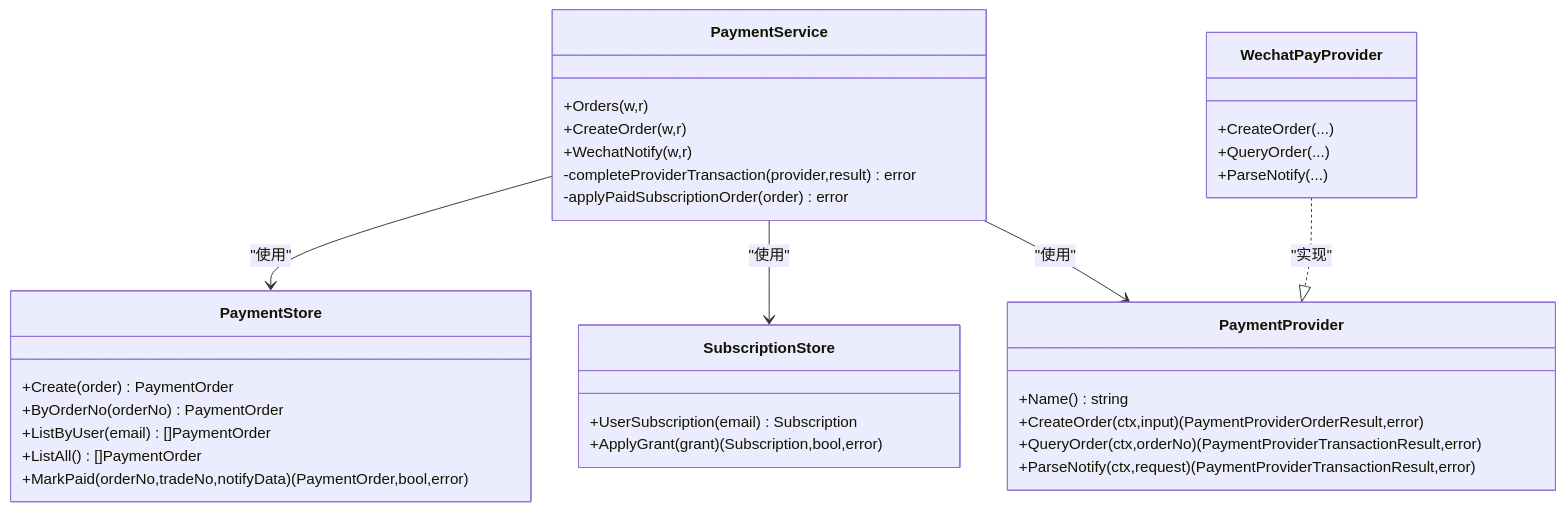
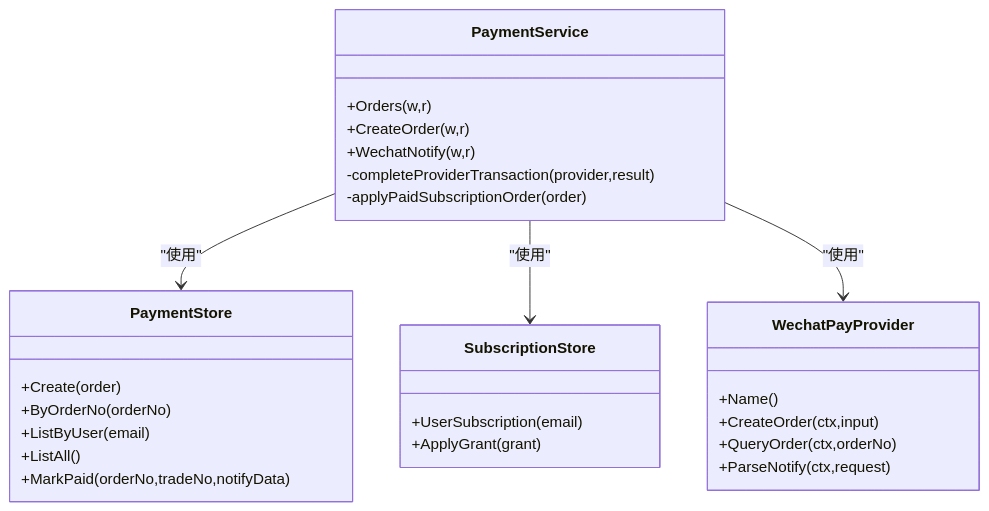
One commit to alvinwangzi/goodhr changed the fourth of 4 diagrams in .qoder/repowiki/zh/content/API接口文档/云端REST API/支付订阅API/订阅支付接口.md. Above: the diagram before and after it, drawn with Mermaid. The commit also changed other lines of this file and 149 other files, not shown here.

````diff
--- a/.qoder/repowiki/zh/content/API接口文档/云端REST API/支付订阅API/订阅支付接口.md
+++ b/.qoder/repowiki/zh/content/API接口文档/云端REST API/支付订阅API/订阅支付接口.md
@@ -291,36 +262,30 @@
 ```mermaid
 classDiagram
 class PaymentService {
 +Orders(w,r)
 +CreateOrder(w,r)
 +WechatNotify(w,r)
--completeProviderTransaction(provider,result) error
--applyPaidSubscriptionOrder(order) error
+-completeProviderTransaction(provider,result)
+-applyPaidSubscriptionOrder(order)
 }
 class PaymentStore {
-+Create(order) PaymentOrder
-+ByOrderNo(orderNo) PaymentOrder
-+ListByUser(email) []PaymentOrder
-+ListAll() []PaymentOrder
-+MarkPaid(orderNo,tradeNo,notifyData) (PaymentOrder,bool,error)
++Create(order)
++ByOrderNo(orderNo)
++ListByUser(email)
++ListAll()
++MarkPaid(orderNo,tradeNo,notifyData)
 }
 class SubscriptionStore {
-+UserSubscription(email) Subscription
-+ApplyGrant(grant) (Subscription,bool,error)
-}
-class PaymentProvider {
-+Name() string
-+CreateOrder(ctx,input) (PaymentProviderOrderResult,error)
-+QueryOrder(ctx,orderNo) (PaymentProviderTransactionResult,error)
-+ParseNotify(ctx,request) (PaymentProviderTransactionResult,error)
++UserSubscription(email)
++ApplyGrant(grant)
 }
 class WechatPayProvider {
-+CreateOrder(...)
-+QueryOrder(...)
-+ParseNotify(...)
++Name()
++CreateOrder(ctx,input)
++QueryOrder(ctx,orderNo)
++ParseNotify(ctx,request)
 }
 PaymentService --> PaymentStore : "使用"
 PaymentService --> SubscriptionStore : "使用"
-PaymentService --> PaymentProvider : "使用"
-WechatPayProvider ..|> PaymentProvider : "实现"
+PaymentService --> WechatPayProvider : "使用"
 ```
````
